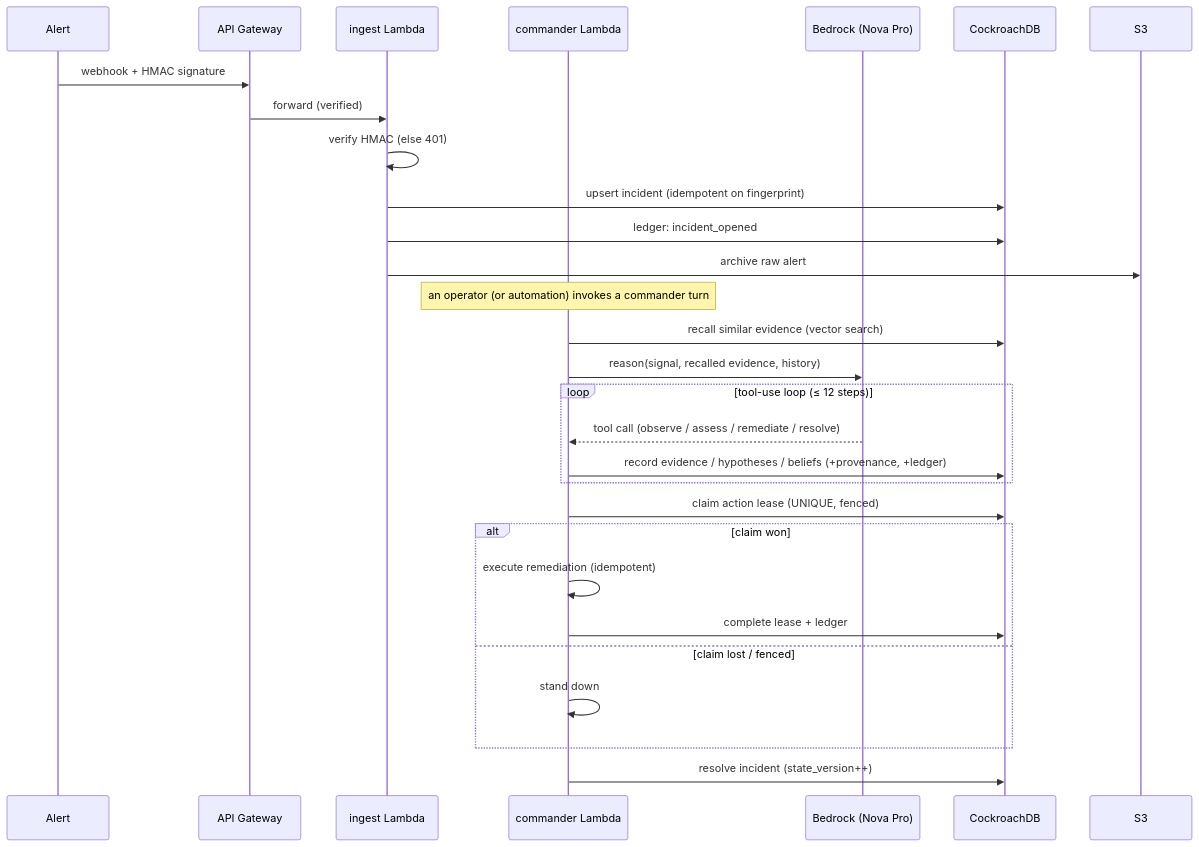
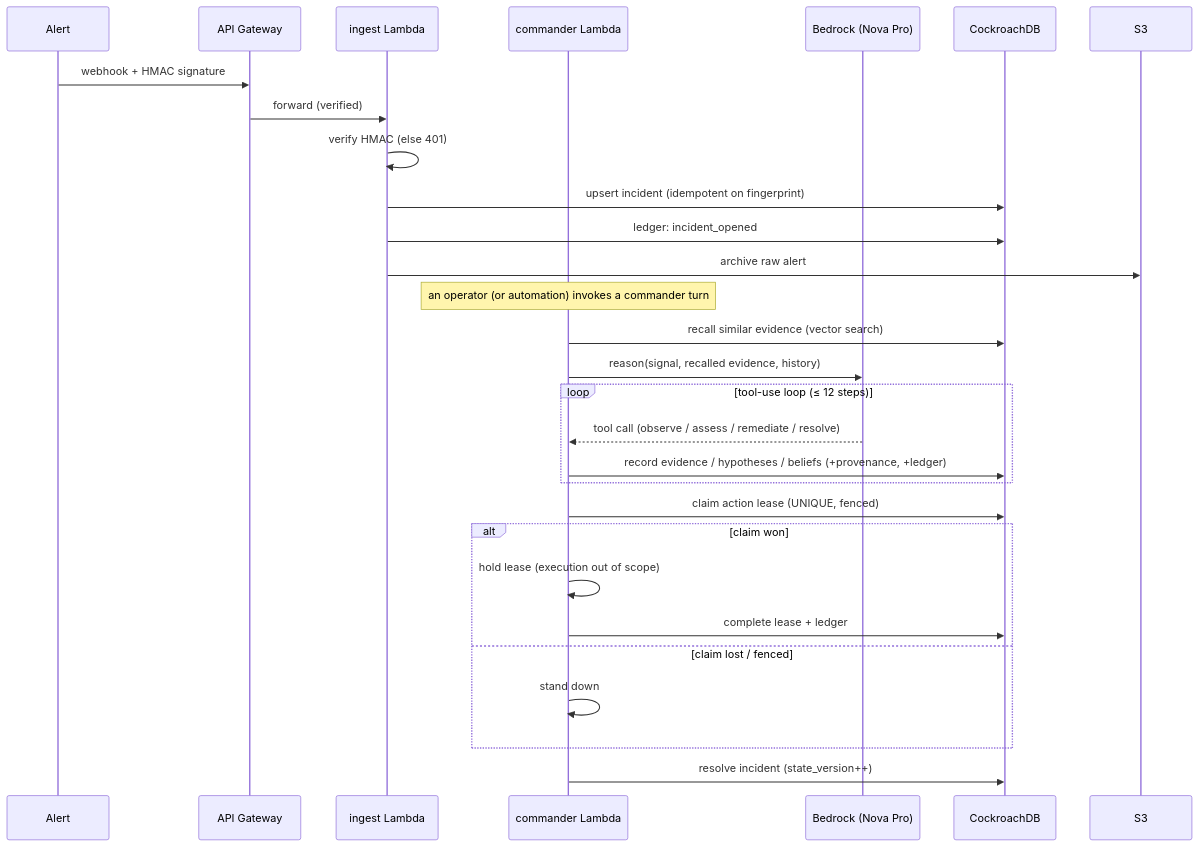
Before and after one commit to umarhashmi2002/backcast: the second of 5 diagrams in docs/ARCHITECTURE.md, drawn with Mermaid. The commit also changed other lines of this file and 11 other files, not shown here.

````diff
--- a/docs/ARCHITECTURE.md
+++ b/docs/ARCHITECTURE.md
@@ -132,30 +132,30 @@
 ```mermaid
 sequenceDiagram
     participant Alert
     participant GW as API Gateway
     participant Ingest as ingest Lambda
     participant Cmd as commander Lambda
     participant BR as Bedrock (Nova Pro)
     participant DB as CockroachDB
     Alert->>GW: webhook + HMAC signature
     GW->>Ingest: forward (verified)
     Ingest->>Ingest: verify HMAC (else 401)
     Ingest->>DB: upsert incident (idempotent on fingerprint)
     Ingest->>DB: ledger: incident_opened
     Ingest->>S3: archive raw alert
     Note over Cmd: an operator (or automation) invokes a commander turn
     Cmd->>DB: recall similar evidence (vector search)
     Cmd->>BR: reason(signal, recalled evidence, history)
     loop tool-use loop (≤ 12 steps)
         BR-->>Cmd: tool call (observe / assess / remediate / resolve)
         Cmd->>DB: record evidence / hypotheses / beliefs (+provenance, +ledger)
     end
     Cmd->>DB: claim action lease (UNIQUE, fenced)
     alt claim won
-        Cmd->>Cmd: execute remediation (idempotent)
+        Cmd->>Cmd: hold lease (execution out of scope)
         Cmd->>DB: complete lease + ledger
     else claim lost / fenced
         Cmd->>Cmd: stand down
     end
     Cmd->>DB: resolve incident (state_version++)
 ```
````
